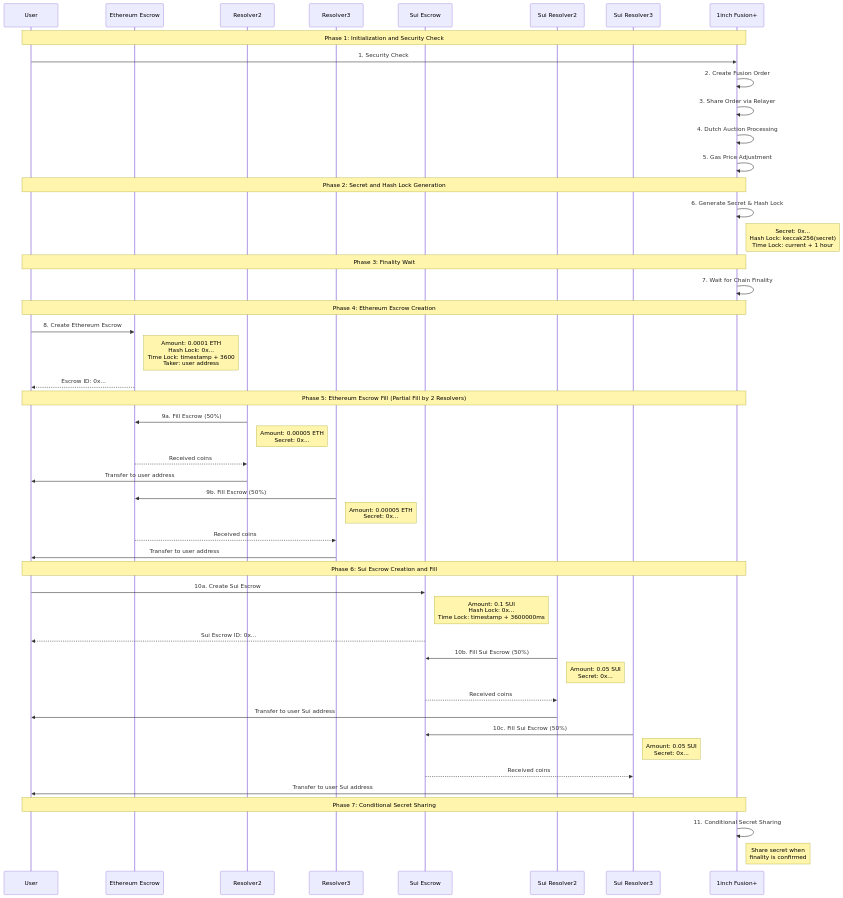
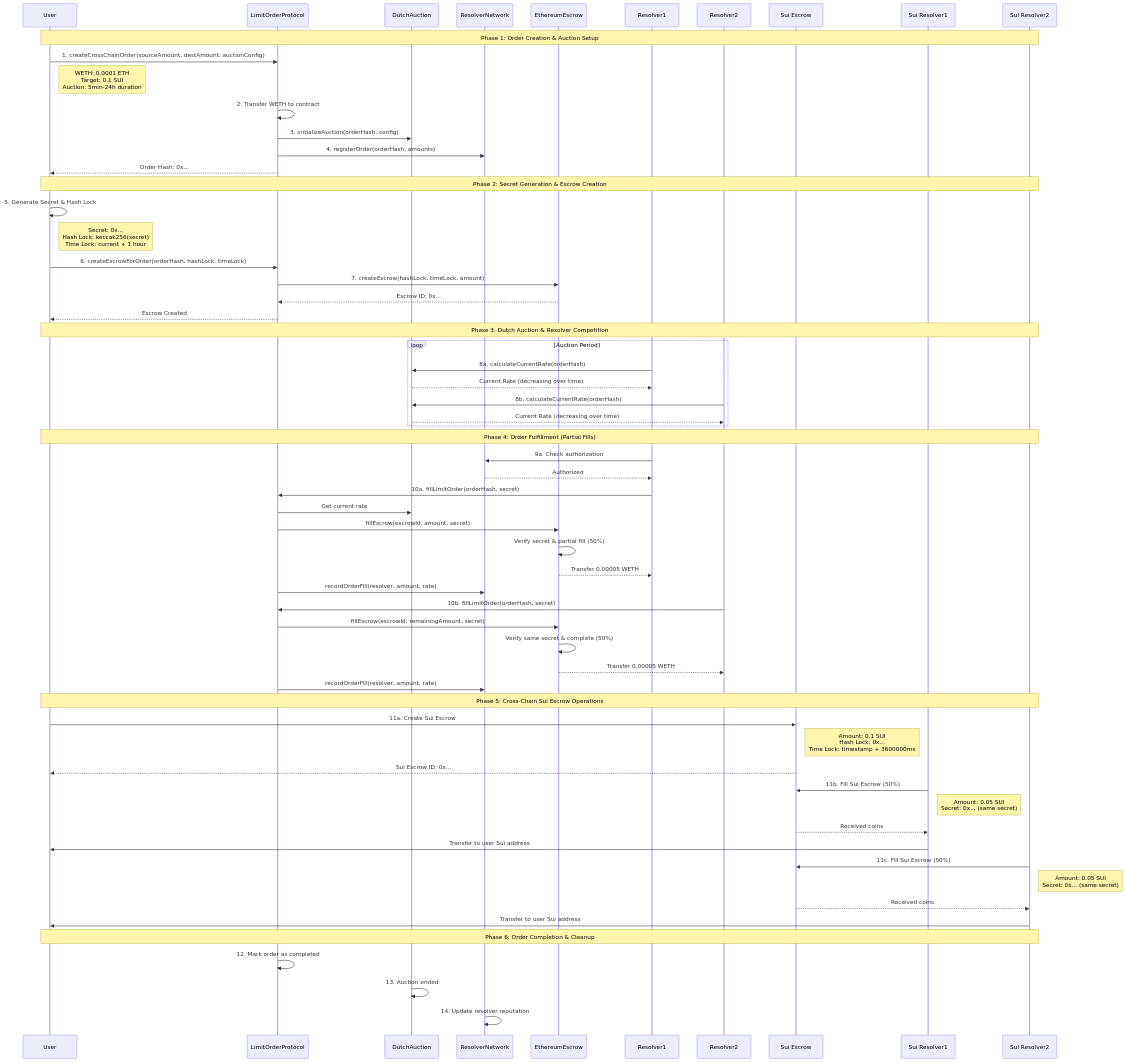
One commit to aki-0517/unite-sui changed the diagram in README.md. Above: the diagram before and after it, drawn with Mermaid. The commit also changed other lines of this file and 3 other files, not shown here.

````diff
--- a/README.md
+++ b/README.md
@@ -55,69 +61,84 @@
 ```mermaid
 sequenceDiagram
     participant U as User
-    participant ETH as Ethereum Escrow
+    participant LOP as LimitOrderProtocol
+    participant DA as DutchAuction
+    participant RN as ResolverNetwork
+    participant ETH as EthereumEscrow
+    participant RES1 as Resolver1
     participant RES2 as Resolver2
-    participant RES3 as Resolver3
     participant SUI as Sui Escrow
+    participant SUI_RES1 as Sui Resolver1
     participant SUI_RES2 as Sui Resolver2
-    participant SUI_RES3 as Sui Resolver3
-    participant FUSION as 1inch Fusion+
     
-    Note over U, FUSION: Phase 1: Initialization and Security Check
+    Note over U, SUI_RES2: Phase 1: Order Creation & Auction Setup
     
-    U->>FUSION: 1. Security Check
-    FUSION->>FUSION: 2. Create Fusion Order
-    FUSION->>FUSION: 3. Share Order via Relayer
-    FUSION->>FUSION: 4. Dutch Auction Processing
-    FUSION->>FUSION: 5. Gas Price Adjustment
+    U->>LOP: 1. createCrossChainOrder(sourceAmount, destAmount, auctionConfig)
+    Note right of U: WETH: 0.0001 ETH<br/>Target: 0.1 SUI<br/>Auction: 5min-24h duration
     
-    Note over U, FUSION: Phase 2: Secret and Hash Lock Generation
+    LOP->>LOP: 2. Transfer WETH to contract
+    LOP->>DA: 3. initializeAuction(orderHash, config)
+    LOP->>RN: 4. registerOrder(orderHash, amounts)
     
-    FUSION->>FUSION: 6. Generate Secret & Hash Lock
-    Note right of FUSION: Secret: 0x...<br/>Hash Lock: keccak256(secret)<br/>Time Lock: current + 1 hour
+    LOP-->>U: Order Hash: 0x...
     
-    Note over U, FUSION: Phase 3: Finality Wait
+    Note over U, SUI_RES2: Phase 2: Secret Generation & Escrow Creation
     
-    FUSION->>FUSION: 7. Wait for Chain Finality
+    U->>U: 5. Generate Secret & Hash Lock
+    Note right of U: Secret: 0x...<br/>Hash Lock: keccak256(secret)<br/>Time Lock: current + 1 hour
     
-    Note over U, FUSION: Phase 4: Ethereum Escrow Creation
+    U->>LOP: 6. createEscrowForOrder(orderHash, hashLock, timeLock)
+    LOP->>ETH: 7. createEscrow(hashLock, timeLock, amount)
     
-    U->>ETH: 8. Create Ethereum Escrow
-    Note right of ETH: Amount: 0.0001 ETH<br/>Hash Lock: 0x...<br/>Time Lock: timestamp + 3600<br/>Taker: user address
+    ETH-->>LOP: Escrow ID: 0x...
+    LOP-->>U: Escrow Created
     
-    ETH-->>U: Escrow ID: 0x...
+    Note over U, SUI_RES2: Phase 3: Dutch Auction & Resolver Competition
     
-    Note over U, FUSION: Phase 5: Ethereum Escrow Fill (Partial Fill by 2 Resolvers)
+    loop Auction Period
+        RES1->>DA: 8a. calculateCurrentRate(orderHash)
+        DA-->>RES1: Current Rate (decreasing over time)
+        RES2->>DA: 8b. calculateCurrentRate(orderHash)
+        DA-->>RES2: Current Rate (decreasing over time)
+    end
     
-    RES2->>ETH: 9a. Fill Escrow (50%)
-    Note right of RES2: Amount: 0.00005 ETH<br/>Secret: 0x...
-    ETH-->>RES2: Received coins
-    RES2->>U: Transfer to user address
+    Note over U, SUI_RES2: Phase 4: Order Fulfillment (Partial Fills)
     
-    RES3->>ETH: 9b. Fill Escrow (50%)
-    Note right of RES3: Amount: 0.00005 ETH<br/>Secret: 0x...
-    ETH-->>RES3: Received coins
-    RES3->>U: Transfer to user address
+    RES1->>RN: 9a. Check authorization
+    RN-->>RES1: Authorized
+    RES1->>LOP: 10a. fillLimitOrder(orderHash, secret)
+    LOP->>DA: Get current rate
+    LOP->>ETH: fillEscrow(escrowId, amount, secret)
+    ETH->>ETH: Verify secret & partial fill (50%)
+    ETH-->>RES1: Transfer 0.00005 WETH
+    LOP->>RN: recordOrderFill(resolver, amount, rate)
     
-    Note over U, FUSION: Phase 6: Sui Escrow Creation and Fill
+    RES2->>LOP: 10b. fillLimitOrder(orderHash, secret)
+    LOP->>ETH: fillEscrow(escrowId, remainingAmount, secret)
+    ETH->>ETH: Verify same secret & complete (50%)
+    ETH-->>RES2: Transfer 0.00005 WETH
+    LOP->>RN: recordOrderFill(resolver, amount, rate)
     
-    U->>SUI: 10a. Create Sui Escrow
+    Note over U, SUI_RES2: Phase 5: Cross-Chain Sui Escrow Operations
+    
+    U->>SUI: 11a. Create Sui Escrow
     Note right of SUI: Amount: 0.1 SUI<br/>Hash Lock: 0x...<br/>Time Lock: timestamp + 3600000ms
     
     SUI-->>U: Sui Escrow ID: 0x...
     
-    SUI_RES2->>SUI: 10b. Fill Sui Escrow (50%)
-    Note right of SUI_RES2: Amount: 0.05 SUI<br/>Secret: 0x...
+    SUI_RES1->>SUI: 11b. Fill Sui Escrow (50%)
+    Note right of SUI_RES1: Amount: 0.05 SUI<br/>Secret: 0x... (same secret)
+    SUI-->>SUI_RES1: Received coins
+    SUI_RES1->>U: Transfer to user Sui address
+    
+    SUI_RES2->>SUI: 11c. Fill Sui Escrow (50%) 
+    Note right of SUI_RES2: Amount: 0.05 SUI<br/>Secret: 0x... (same secret)
     SUI-->>SUI_RES2: Received coins
     SUI_RES2->>U: Transfer to user Sui address
     
-    SUI_RES3->>SUI: 10c. Fill Sui Escrow (50%)
-    Note right of SUI_RES3: Amount: 0.05 SUI<br/>Secret: 0x...
-    SUI-->>SUI_RES3: Received coins
-    SUI_RES3->>U: Transfer to user Sui address
+    Note over U, SUI_RES2: Phase 6: Order Completion & Cleanup
     
-    Note over U, FUSION: Phase 7: Conditional Secret Sharing
-    
-    FUSION->>FUSION: 11. Conditional Secret Sharing
-    Note right of FUSION: Share secret when<br/>finality is confirmed
+    LOP->>LOP: 12. Mark order as completed
+    DA->>DA: 13. Auction ended
+    RN->>RN: 14. Update resolver reputation
 ```
````
